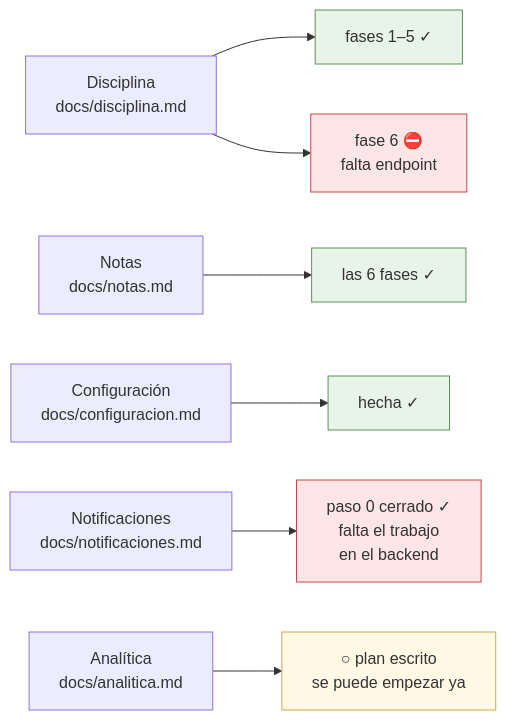
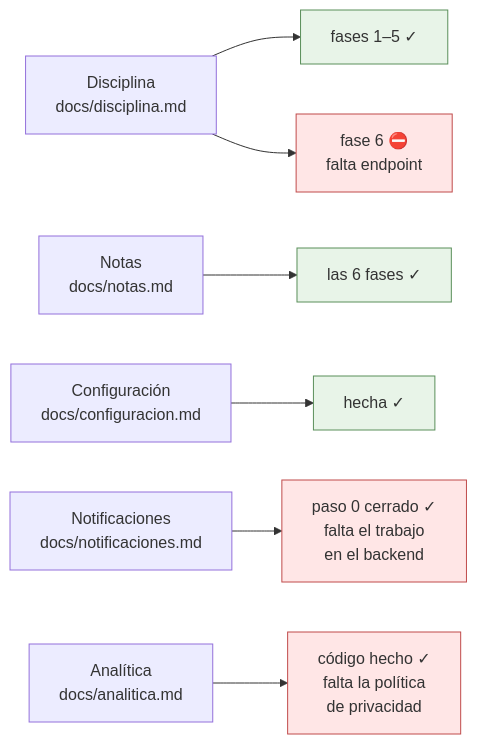
The diagram in docs/estado.md (bluesky777/myvc_flutter), drawn with Mermaid before and after one commit. The commit also changed other lines of this file and 25 other files, not shown here.

````diff
--- a/docs/estado.md
+++ b/docs/estado.md
@@ -14,16 +15,16 @@
 ```mermaid
 flowchart LR
     D["Disciplina<br/>docs/disciplina.md"] --> D5["fases 1–5 ✓"]
     D --> D6["fase 6 ⛔<br/>falta endpoint"]
     N["Notas<br/>docs/notas.md"] --> N4["las 6 fases ✓"]
     C["Configuración<br/>docs/configuracion.md"] --> C0["hecha ✓"]
     P["Notificaciones<br/>docs/notificaciones.md"] --> P0["paso 0 cerrado ✓<br/>falta el trabajo<br/>en el backend"]
-    A["Analítica<br/>docs/analitica.md"] --> A0["○ plan escrito<br/>se puede empezar ya"]
+    A["Analítica<br/>docs/analitica.md"] --> A0["código hecho ✓<br/>falta la política<br/>de privacidad"]
 
     style D5 fill:#e8f4e8,stroke:#5a8f5a
     style N4 fill:#e8f4e8,stroke:#5a8f5a
     style D6 fill:#ffe6e6,stroke:#c04b4b
     style P0 fill:#ffe6e6,stroke:#c04b4b
     style C0 fill:#e8f4e8,stroke:#5a8f5a
-    style A0 fill:#fff9e6,stroke:#c9a94b
+    style A0 fill:#ffe6e6,stroke:#c04b4b
 ```
````
